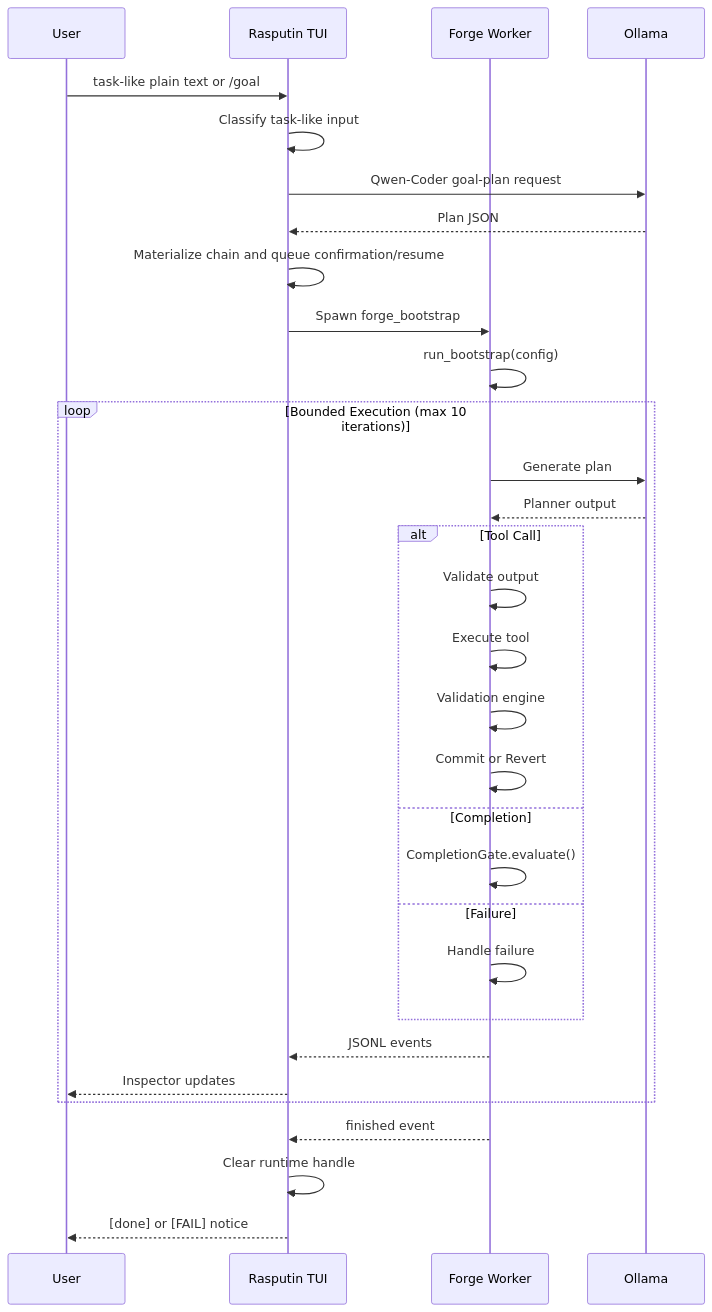
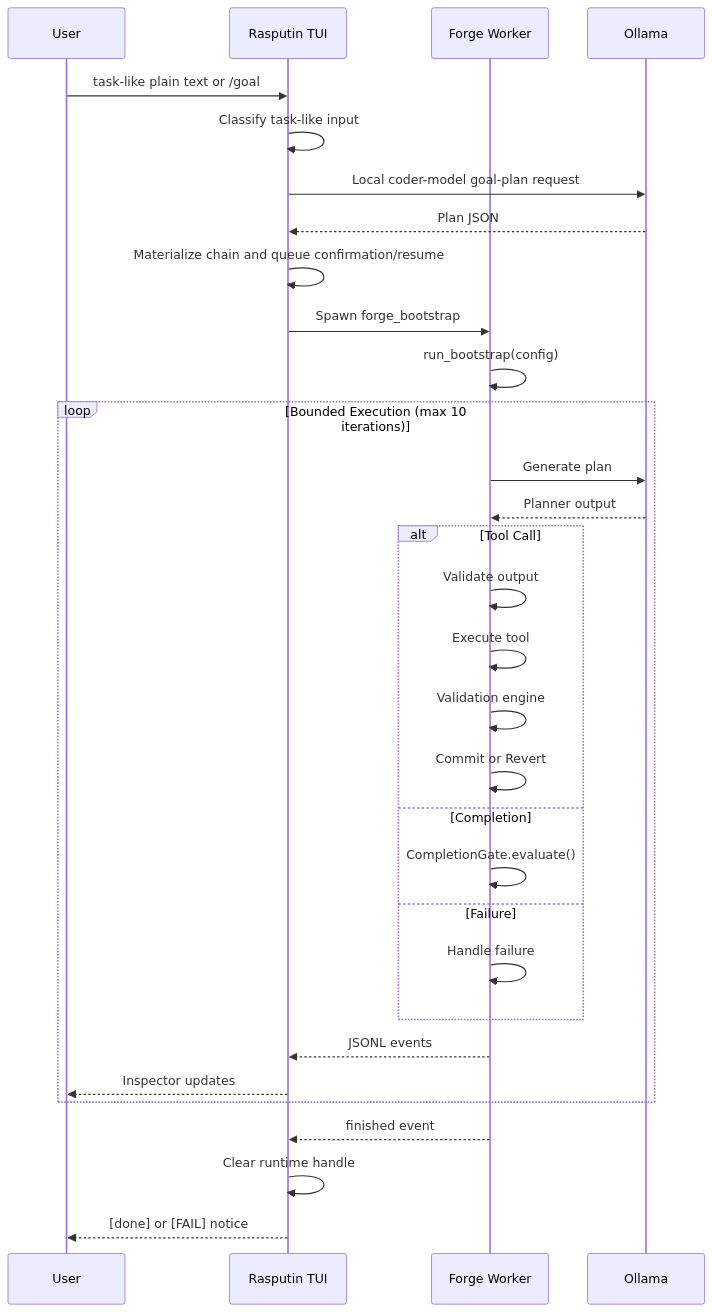
One commit to Keyboard-Lord/Rasputin-Coder changed the third of 6 diagrams in docs/06_MAIN_WORKFLOWS.md. Above: the diagram before and after it, drawn with Mermaid. The commit also changed other lines of this file and 70 other files, not shown here.

````diff
--- a/docs/06_MAIN_WORKFLOWS.md
+++ b/docs/06_MAIN_WORKFLOWS.md
@@ -40,38 +40,38 @@
 ```mermaid
 sequenceDiagram
     participant User
     participant TUI as Rasputin TUI
     participant Worker as Forge Worker
     participant Ollama
 
     User->>TUI: task-like plain text or /goal
     TUI->>TUI: Classify task-like input
-    TUI->>Ollama: Qwen-Coder goal-plan request
+    TUI->>Ollama: Local coder-model goal-plan request
     Ollama-->>TUI: Plan JSON
     TUI->>TUI: Materialize chain and queue confirmation/resume
     TUI->>Worker: Spawn forge_bootstrap
     Worker->>Worker: run_bootstrap(config)
     
     loop Bounded Execution (max 10 iterations)
         Worker->>Ollama: Generate plan
         Ollama-->>Worker: Planner output
         
         alt Tool Call
             Worker->>Worker: Validate output
             Worker->>Worker: Execute tool
             Worker->>Worker: Validation engine
             Worker->>Worker: Commit or Revert
         else Completion
             Worker->>Worker: CompletionGate.evaluate()
         else Failure
             Worker->>Worker: Handle failure
         end
         
         Worker-->>TUI: JSONL events
         TUI-->>User: Inspector updates
     end
     
     Worker-->>TUI: finished event
     TUI->>TUI: Clear runtime handle
     TUI-->>User: [done] or [FAIL] notice
 ```
````
